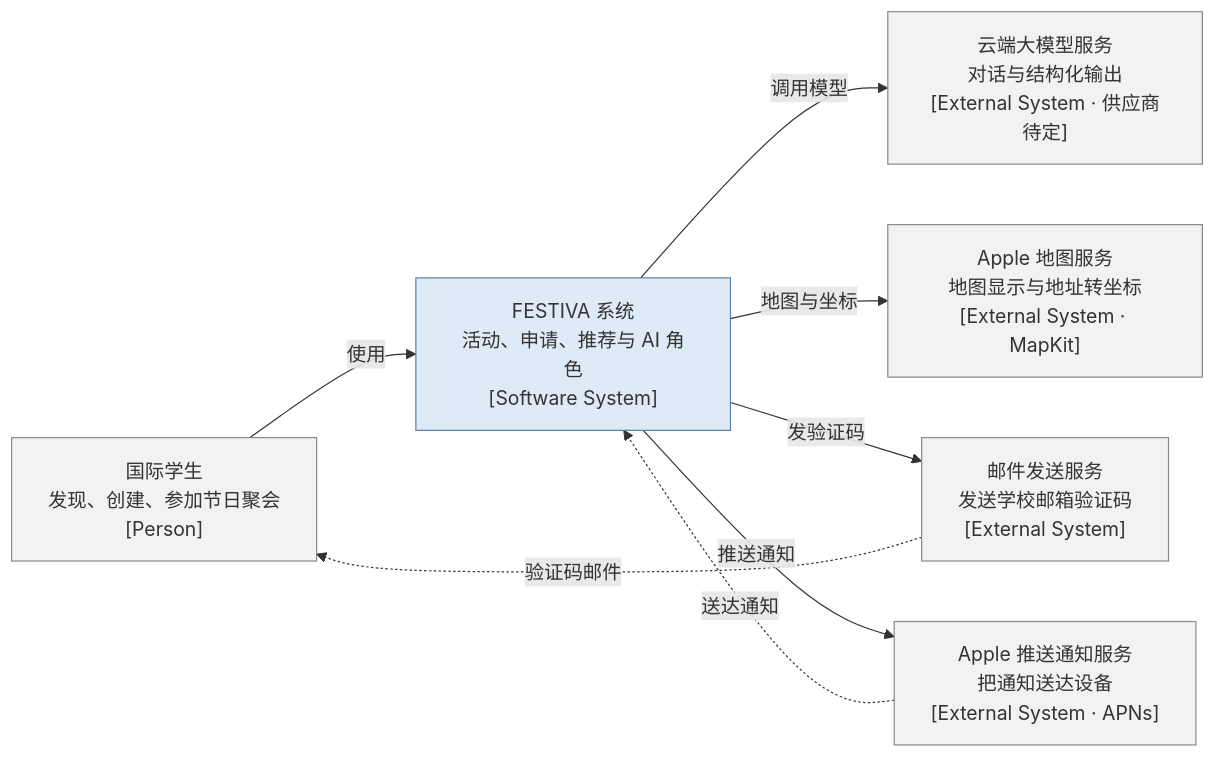
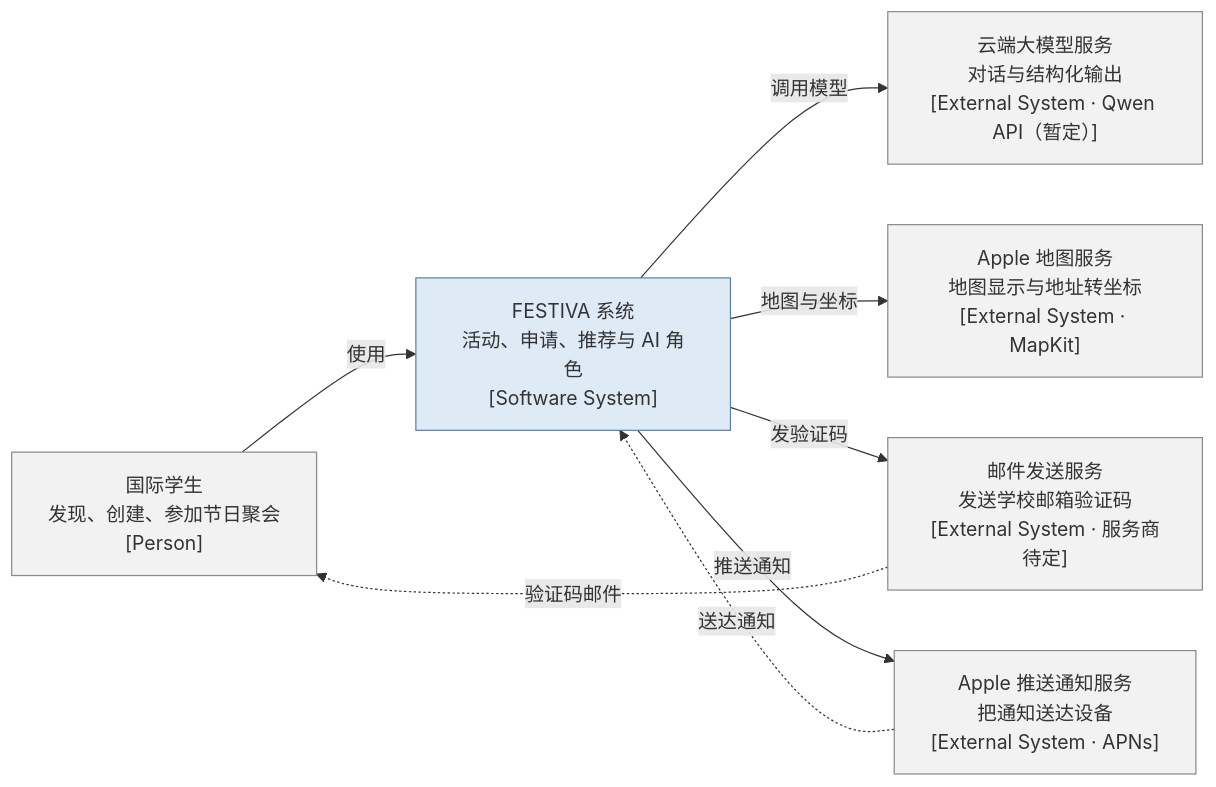
Before and after one commit to Ciri101/FESTIVA: the first of 8 diagrams in truth/FESTIVA-工程架构文档.md, drawn with Mermaid. The commit also changed other lines of this file and 15 other files, not shown here.

````diff
--- a/truth/FESTIVA-工程架构文档.md
+++ b/truth/FESTIVA-工程架构文档.md
@@ -84,22 +84,22 @@
 ```mermaid
 %% name: festiva-c1
 %% home: festiva-c1
 flowchart LR
   student["国际学生<br/>发现、创建、参加节日聚会<br/>[Person]"]
   festiva["FESTIVA 系统<br/>活动、申请、推荐与 AI 角色<br/>[Software System]"]
-  llm["云端大模型服务<br/>对话与结构化输出<br/>[External System · 供应商待定]"]
+  llm["云端大模型服务<br/>对话与结构化输出<br/>[External System · Qwen API（暂定）]"]
   maps["Apple 地图服务<br/>地图显示与地址转坐标<br/>[External System · MapKit]"]
-  mail["邮件发送服务<br/>发送学校邮箱验证码<br/>[External System]"]
+  mail["邮件发送服务<br/>发送学校邮箱验证码<br/>[External System · 服务商待定]"]
   apns["Apple 推送通知服务<br/>把通知送达设备<br/>[External System · APNs]"]
   student -->|"使用"| festiva
   festiva -->|"调用模型"| llm
   festiva -->|"地图与坐标"| maps
   festiva -->|"发验证码"| mail
   festiva -->|"推送通知"| apns
   apns -.->|"送达通知"| festiva
   mail -.->|"验证码邮件"| student
   classDef shell fill:#deebf7,stroke:#5b81a8
   classDef ext fill:#f2f2f2,stroke:#8a8a8a
   class festiva shell
   class student,llm,maps,mail,apns ext
 ```
````
